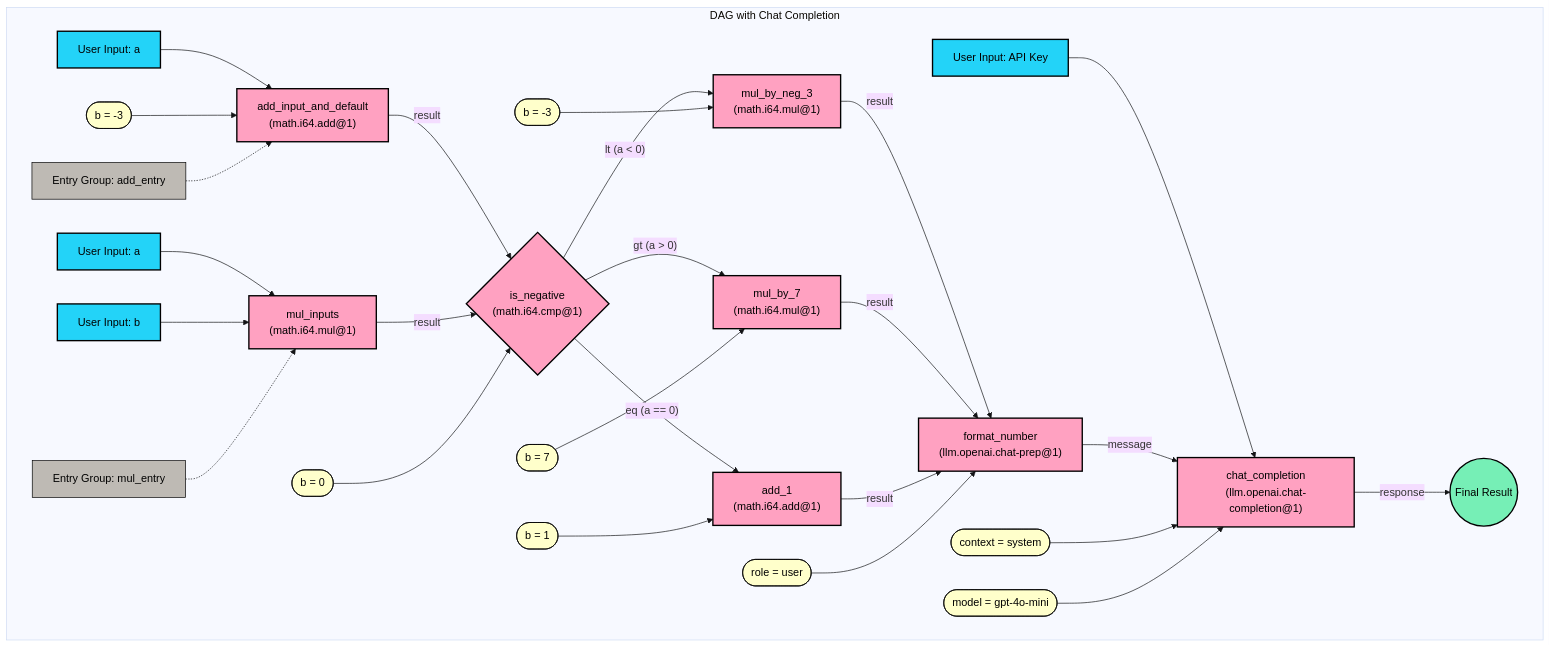
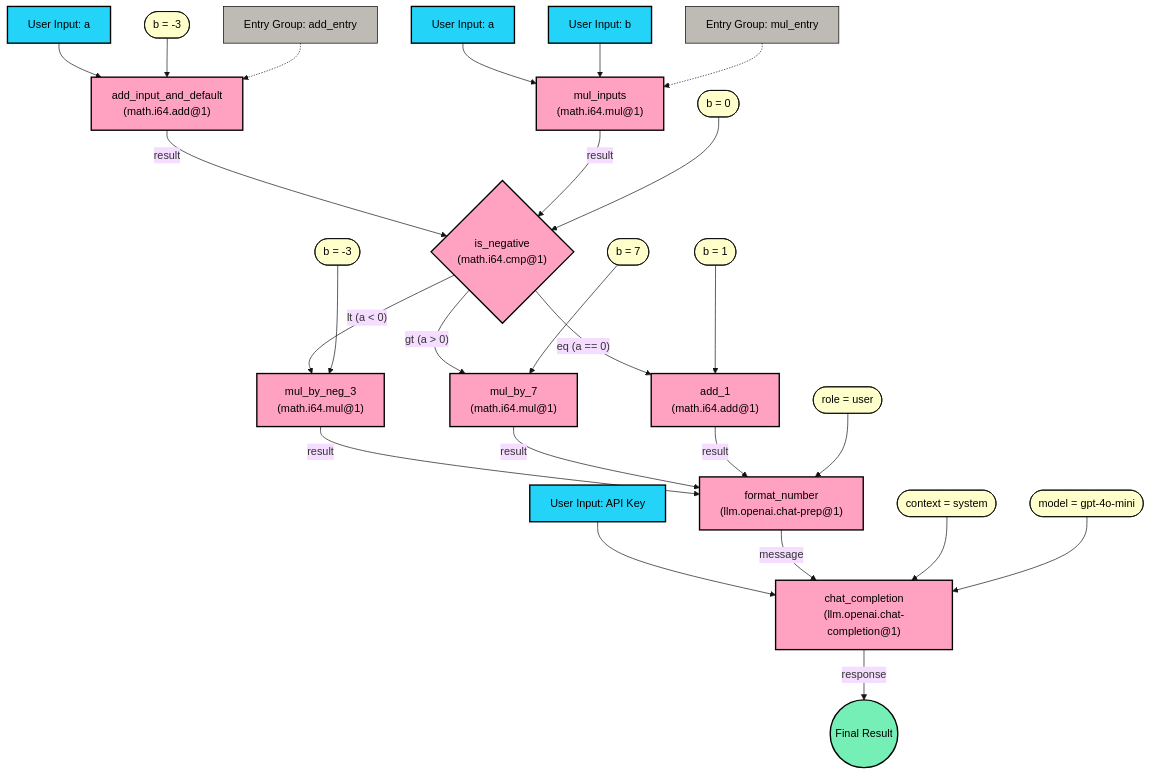
The diagram in nexus-sdk/guides/math_branching_with_chat.md (Talus-Network/gitbook-docs), drawn with Mermaid before and after one commit. The commit also changed other lines of this file and 9 other files, not shown here.

````diff
--- a/nexus-sdk/guides/math_branching_with_chat.md
+++ b/nexus-sdk/guides/math_branching_with_chat.md
@@ -213,58 +213,56 @@
 ```mermaid
 %%{init: {'theme': 'base', 'themeVariables': { 'background': '#ECEBE9' }}}%%
 graph TD
-    subgraph "DAG with Chat Completion"
         %% Entry points and their inputs
         InputA1[User Input: a] --> A["add_input_and_default<br>(math.i64.add@1)"];
         Def1([b = -3]) --> A;
         InputM1[User Input: a] --> M["mul_inputs<br>(math.i64.mul@1)"];
         InputM2[User Input: b] --> M;
         APIKey[User Input: API Key] --> C["chat_completion<br>(llm.openai.chat-completion@1)"];
         
         %% Entry group indicators
         EG1["Entry Group: add_entry"] -.-> A;
         EG2["Entry Group: mul_entry"] -.-> M;
         
         %% Main flow from entry paths to comparison
         A -- "result" --> B{"is_negative<br>(math.i64.cmp@1)"};
         M -- "result" --> B;
         Def2([b = 0]) --> B;
         
         %% Branching paths based on comparison
         B -- "lt (a < 0)" --> C1["mul_by_neg_3<br>(math.i64.mul@1)"];
         Def3([b = -3]) --> C1;
         
         B -- "gt (a > 0)" --> D1["mul_by_7<br>(math.i64.mul@1)"];
         Def4([b = 7]) --> D1;
         
         B -- "eq (a == 0)" --> E1["add_1<br>(math.i64.add@1)"];
         Def5([b = 1]) --> E1;
         
         %% Connect to number formatter
         C1 -- "result" --> F["format_number<br>(llm.openai.chat-prep@1)"];
         D1 -- "result" --> F;
         E1 -- "result" --> F;
         Def6([role = user]) --> F;
         
         %% Connect to chat completion
         F -- "message" --> C;
         Def7([context = system]) --> C;
         Def8([model = gpt-4o-mini]) --> C;
         
         %% Final result
         C -- "response" --> Result((Final Result));
-    end
 
     %% Styling
     classDef tool fill:#FFA1C1,stroke:#000000,stroke-width:2px,color:#000000;
     classDef input fill:#23D3F8,stroke:#000000,stroke-width:2px,color:#000000;
     classDef output fill:#76EFB6,stroke:#000000,stroke-width:2px,color:#000000;
     classDef default fill:#FFFFCB,stroke:#000000,stroke-width:1px,color:#000000;
     classDef entrygroup fill:#BEBAB4,stroke:#000000,stroke-width:1px,color:#000000;
     
     class A,C1,D1,E1,M,F,C,B tool;
     class InputA1,InputM1,InputM2,APIKey input;
     class Result output;
     class Def1,Def2,Def3,Def4,Def5,Def6,Def7,Def8 default;
     class EG1,EG2 entrygroup;
 ```
````
